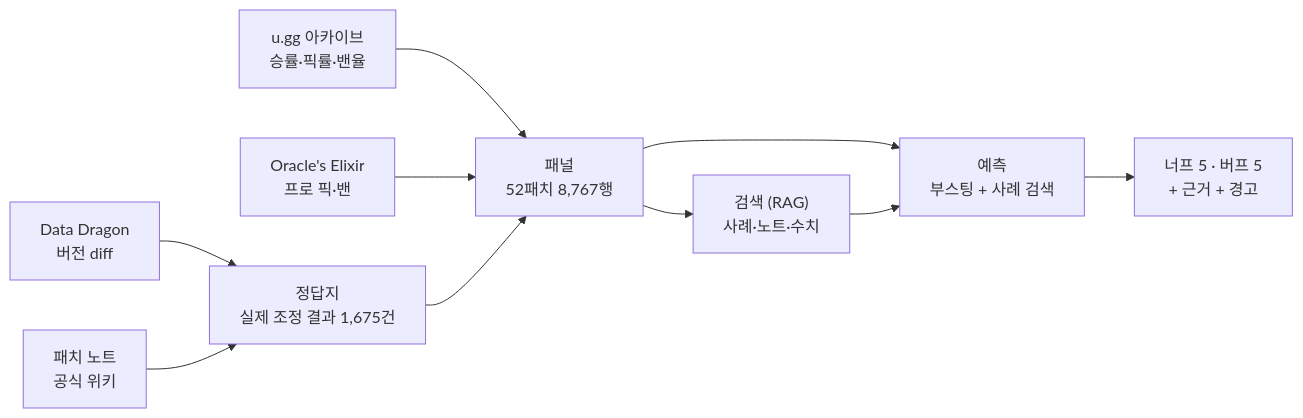
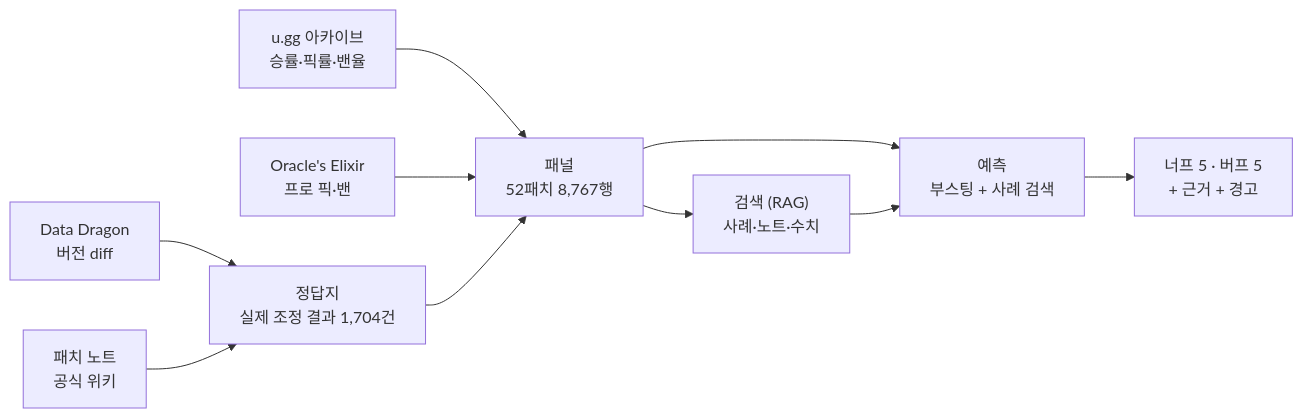
The diagram in README.md (SangMyeong5426/LOL_BALANCE_PROJECT), drawn with Mermaid before and after one commit. The commit also changed other lines of this file and 8 other files, not shown here.

````diff
--- a/README.md
+++ b/README.md
@@ -30,12 +30,12 @@
 ```mermaid
 flowchart LR
   U["u.gg 아카이브<br/>승률·픽률·밴율"] --> P
   O["Oracle's Elixir<br/>프로 픽·밴"] --> P["패널<br/>52패치 8,767행"]
-  D["Data Dragon<br/>버전 diff"] --> L["정답지<br/>실제 조정 결과 1,675건"]
+  D["Data Dragon<br/>버전 diff"] --> L["정답지<br/>실제 조정 결과 1,704건"]
   N["패치 노트<br/>공식 위키"] --> L
   L --> P
   P --> R["검색 (RAG)<br/>사례·노트·수치"]
   P --> M["예측<br/>부스팅 + 사례 검색"]
   R --> M
   M --> W["너프 5 · 버프 5<br/>+ 근거 + 경고"]
 ```
````
